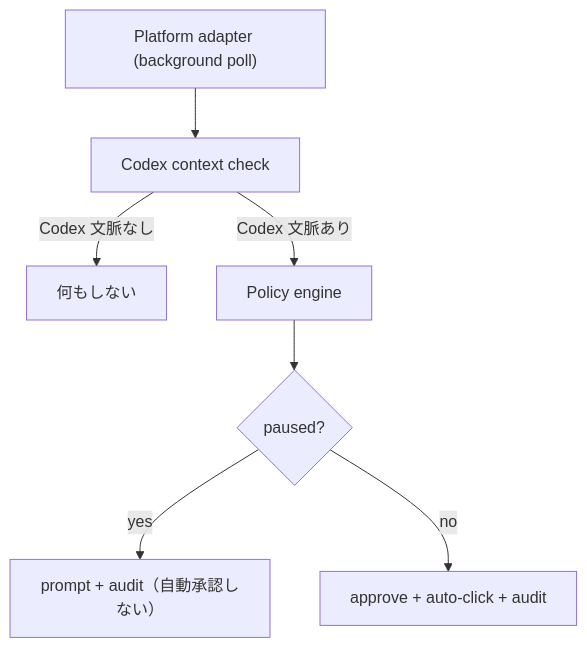
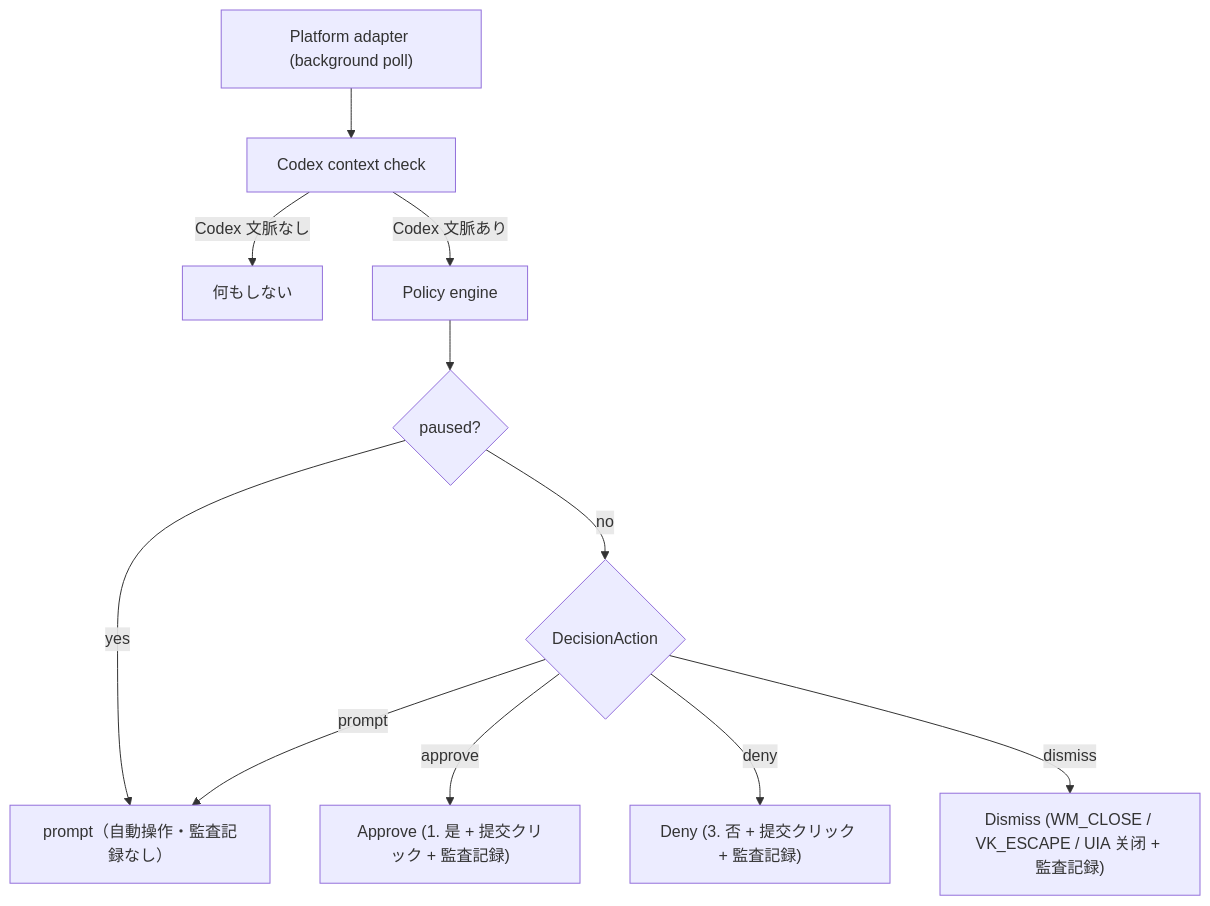
The diagram in docs/architecture.md (engchina/codex-approval-guard), drawn with Mermaid before and after one commit. The commit also changed other lines of this file and 9 other files, not shown here.

````diff
--- a/docs/architecture.md
+++ b/docs/architecture.md
@@ -18,9 +18,13 @@
 ```mermaid
 flowchart TD
   A["Platform adapter (background poll)"] --> B["Codex context check"]
   B -->|Codex 文脈なし| Z["何もしない"]
   B -->|Codex 文脈あり| C["Policy engine"]
   C --> D{"paused?"}
-  D -->|yes| P["prompt + audit（自動承認しない）"]
-  D -->|no| G["approve + auto-click + audit"]
+  D -->|yes| P["prompt（自動操作・監査記録なし）"]
+  D -->|no| E{"DecisionAction"}
+  E -->|approve| G["Approve (1. 是 + 提交クリック + 監査記録)"]
+  E -->|deny| H["Deny (3. 否 + 提交クリック + 監査記録)"]
+  E -->|dismiss| I["Dismiss (WM_CLOSE / VK_ESCAPE / UIA 关闭 + 監査記録)"]
+  E -->|prompt| P
 ```
````
